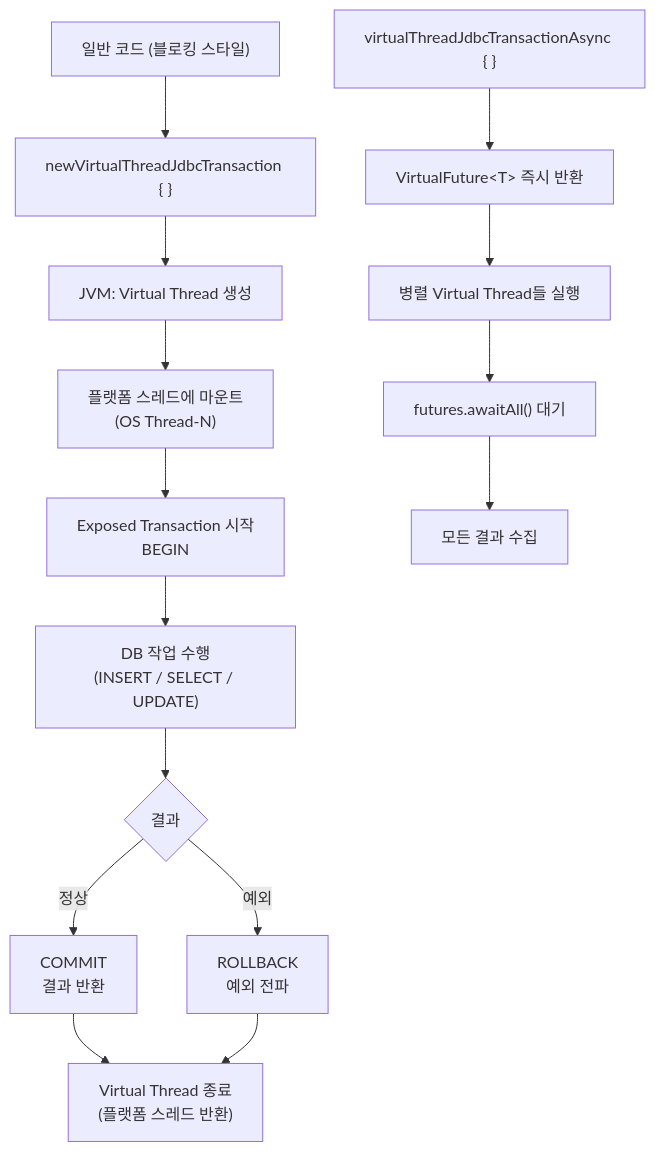
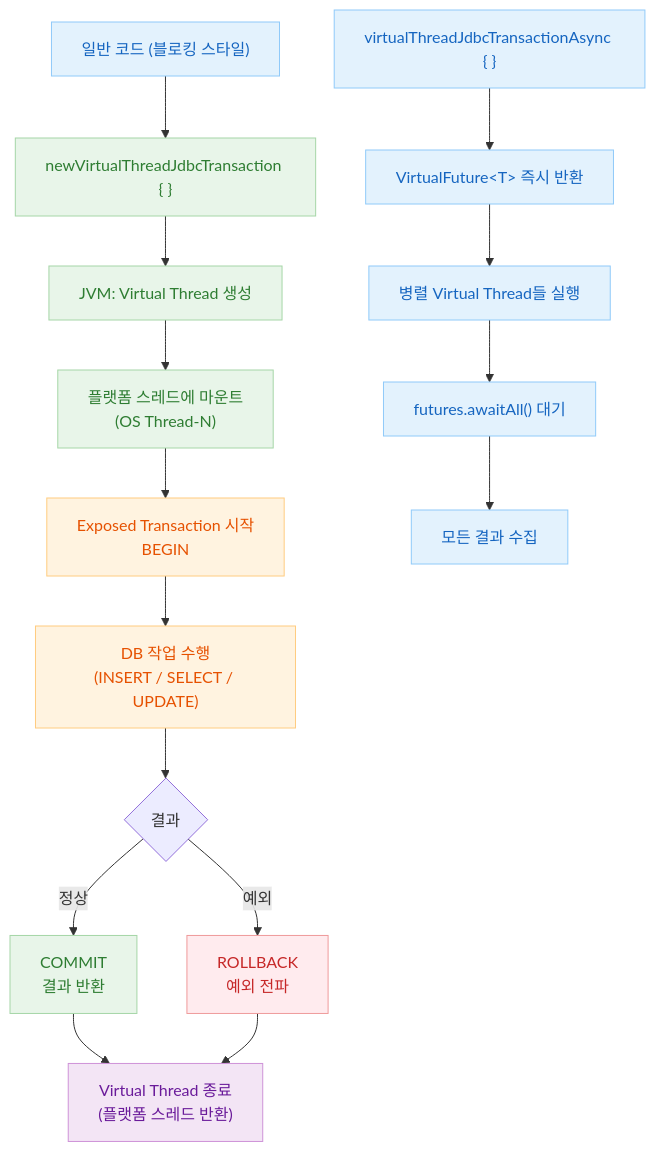
The second of 4 diagrams in 08-coroutines/02-virtualthreads-basic/README.md (bluetape4k/exposed-workshop), drawn with Mermaid before and after one commit. The commit also changed other lines of this file and 56 other files, not shown here.

First line of the commit message:
docs: 전체 README mermaid 다이어그램에 파스텔 톤 색상 적용

````diff
--- a/08-coroutines/02-virtualthreads-basic/README.md
+++ b/08-coroutines/02-virtualthreads-basic/README.md
@@ -91,18 +91,32 @@
 ```mermaid
 flowchart TD
     A["일반 코드 (블로킹 스타일)"] --> B["newVirtualThreadJdbcTransaction { }"]
     B --> C["JVM: Virtual Thread 생성"]
     C --> D["플랫폼 스레드에 마운트\n(OS Thread-N)"]
     D --> E["Exposed Transaction 시작\nBEGIN"]
     E --> F["DB 작업 수행\n(INSERT / SELECT / UPDATE)"]
     F --> G{결과}
     G -->|정상| H["COMMIT\n결과 반환"]
     G -->|예외| I["ROLLBACK\n예외 전파"]
     H --> J["Virtual Thread 종료\n(플랫폼 스레드 반환)"]
     I --> J
 
     B2["virtualThreadJdbcTransactionAsync { }"] --> K["VirtualFuture&lt;T&gt; 즉시 반환"]
     K --> L["병렬 Virtual Thread들 실행"]
     L --> M["futures.awaitAll() 대기"]
     M --> N["모든 결과 수집"]
+
+    classDef blue fill:#E3F2FD,stroke:#90CAF9,color:#1565C0
+    classDef green fill:#E8F5E9,stroke:#A5D6A7,color:#2E7D32
+    classDef orange fill:#FFF3E0,stroke:#FFCC80,color:#E65100
+    classDef red fill:#FFEBEE,stroke:#EF9A9A,color:#C62828
+    classDef purple fill:#F3E5F5,stroke:#CE93D8,color:#6A1B9A
+
+    class A blue
+    class B,C,D green
+    class E,F orange
+    class H green
+    class I red
+    class J purple
+    class B2,K,L,M,N blue
 ```
````
